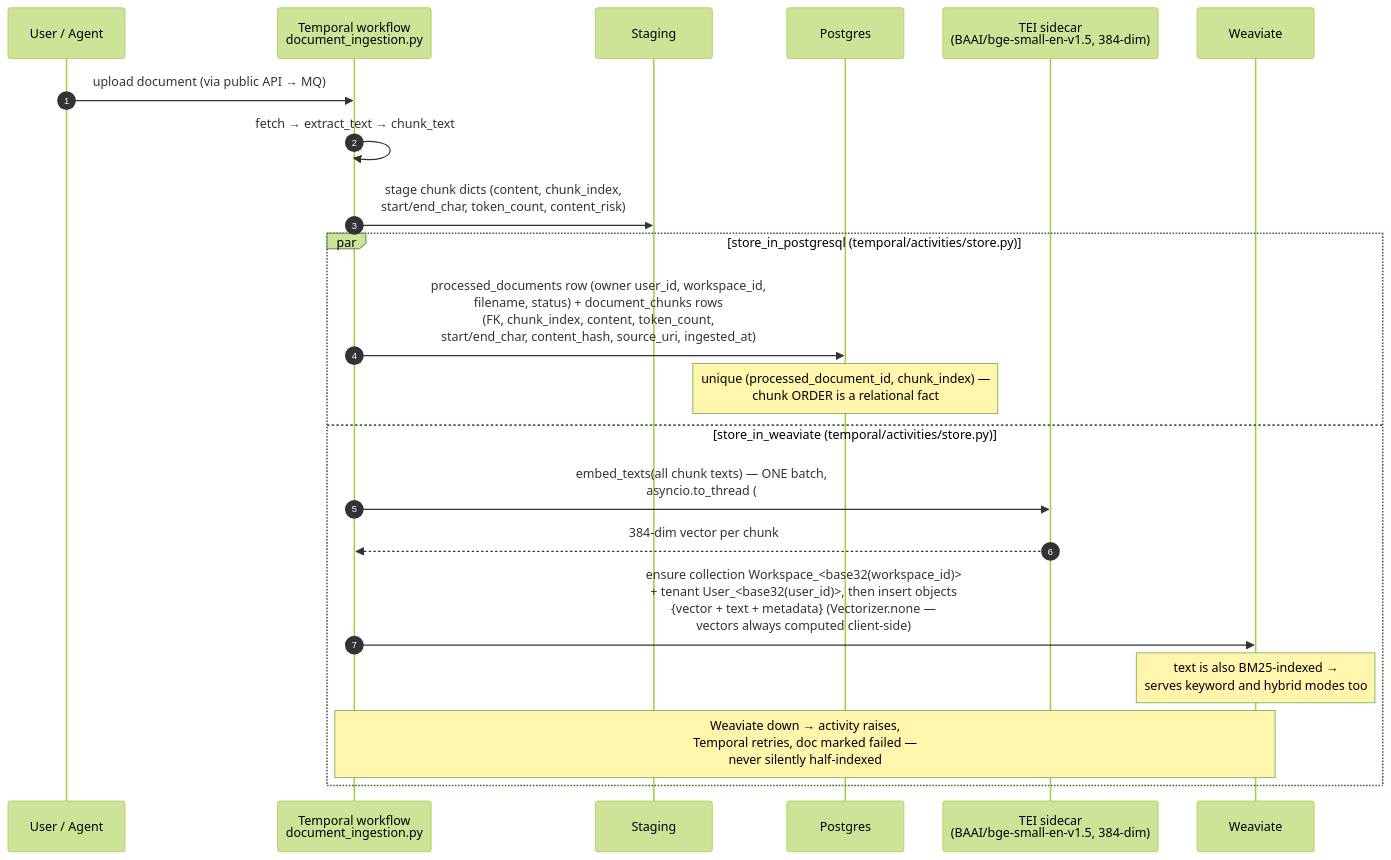
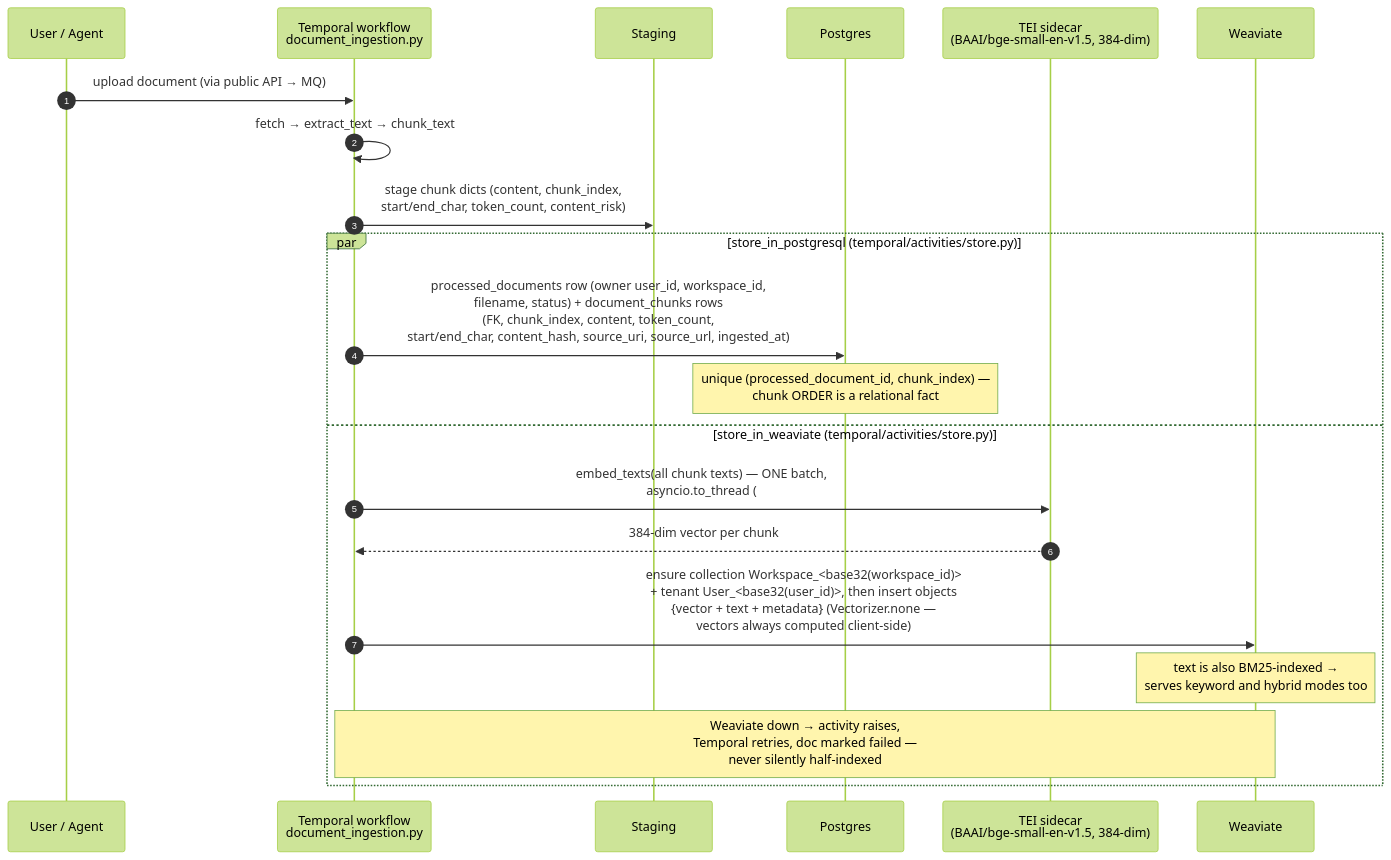
Before and after one commit to akash1047/inherent: the fourth of 4 diagrams in docs/developer/search-sequence.md, drawn with Mermaid (forest theme). The commit also changed other lines of this file and 191 other files, not shown here.

````diff
--- a/docs/developer/search-sequence.md
+++ b/docs/developer/search-sequence.md
@@ -269,25 +270,25 @@
 ```mermaid
 sequenceDiagram
     autonumber
     participant U as User / Agent
     participant WF as Temporal workflow<br/>document_ingestion.py
     participant ST as Staging
     participant PG as Postgres
     participant TEI as TEI sidecar<br/>(BAAI/bge-small-en-v1.5, 384-dim)
     participant WV as Weaviate
 
     U->>WF: upload document (via public API → MQ)
     WF->>WF: fetch → extract_text → chunk_text
     WF->>ST: stage chunk dicts (content, chunk_index,<br/>start/end_char, token_count, content_risk)
 
     par store_in_postgresql (temporal/activities/store.py)
-        WF->>PG: processed_documents row (owner user_id, workspace_id,<br/>filename, status) + document_chunks rows<br/>(FK, chunk_index, content, token_count,<br/>start/end_char, content_hash, source_uri, ingested_at)
+        WF->>PG: processed_documents row (owner user_id, workspace_id,<br/>filename, status) + document_chunks rows<br/>(FK, chunk_index, content, token_count,<br/>start/end_char, content_hash, source_uri, source_url, ingested_at)
         Note over PG: unique (processed_document_id, chunk_index) —<br/>chunk ORDER is a relational fact
     and store_in_weaviate (temporal/activities/store.py)
         WF->>TEI: embed_texts(all chunk texts) — ONE batch,<br/>asyncio.to_thread (#19)
         TEI-->>WF: 384-dim vector per chunk
         WF->>WV: ensure collection Workspace_<base32(workspace_id)><br/>+ tenant User_<base32(user_id)>, then insert objects<br/>{vector + text + metadata} (Vectorizer.none —<br/>vectors always computed client-side)
         Note over WV: text is also BM25-indexed →<br/>serves keyword and hybrid modes too
         Note over WF,WV: Weaviate down → activity raises,<br/>Temporal retries, doc marked failed —<br/>never silently half-indexed
     end
 ```
````
